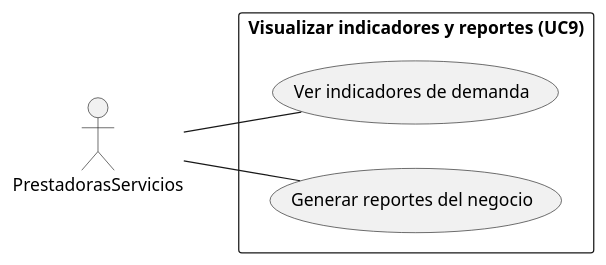
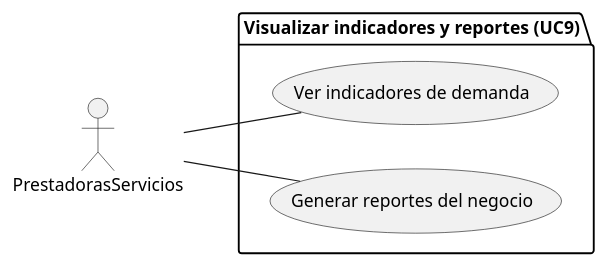
Before and after one commit to xdark-nessx20/SM-Xplore: the diagram in docs/modelos/uc-lvl-1/visualizar-indicadores-y-reportes/prestadora-diagrama.puml, drawn with PlantUML. The commit also changed 4 other files, not shown here.

Commit message:
use package for lvl1 diagrams and fix extend arrow direction

```diff
--- a/docs/modelos/uc-lvl-1/visualizar-indicadores-y-reportes/prestadora-diagrama.puml
+++ b/docs/modelos/uc-lvl-1/visualizar-indicadores-y-reportes/prestadora-diagrama.puml
@@ -1,15 +1,15 @@
 @startuml
 
 left to right direction
 
 actor PrestadorasServicios as P
 
-rectangle "Visualizar indicadores y reportes (UC9)" {
+package "Visualizar indicadores y reportes (UC9)" {
     usecase "Ver indicadores de demanda" as UC9_1
     usecase "Generar reportes del negocio" as UC9_2
 }
 
 P -- UC9_1
 P -- UC9_2
 
 @enduml
```
